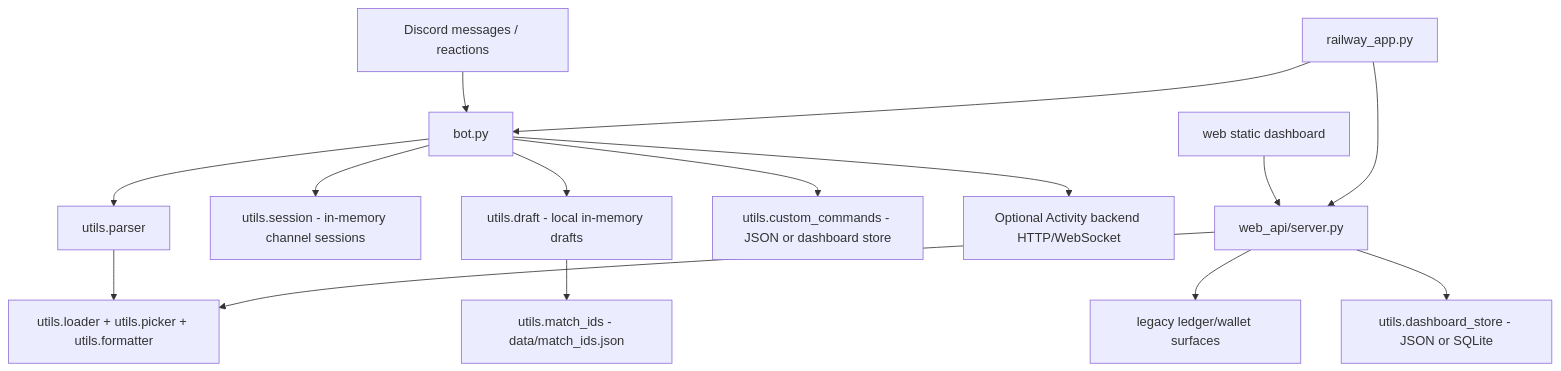
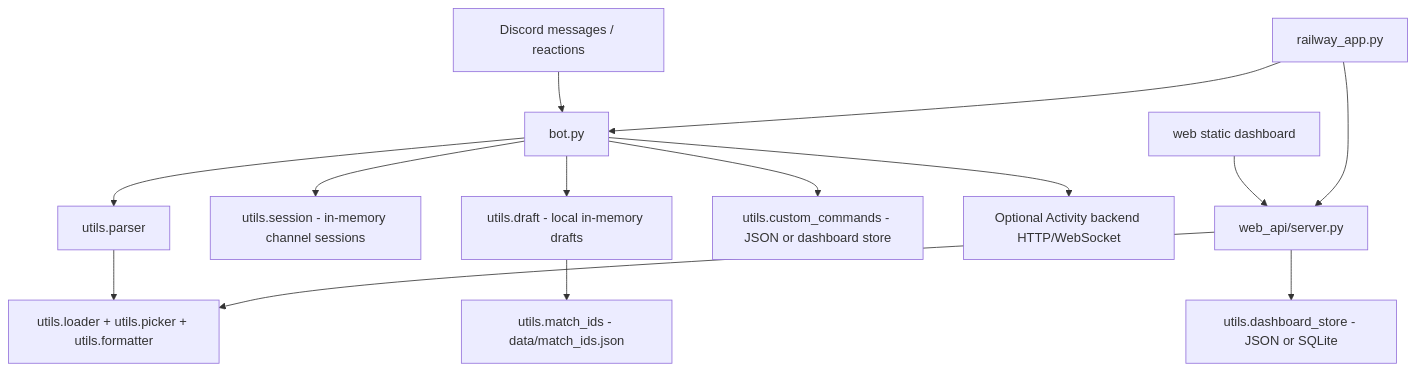
Before and after one commit to diese-tech/lab-godforge: the diagram in README.md, drawn with Mermaid. The commit also changed other lines of this file and 4 other files, not shown here.

````diff
--- a/README.md
+++ b/README.md
@@ -100,17 +100,16 @@
 ```mermaid
 flowchart TD
     Discord["Discord messages / reactions"] --> Bot["bot.py"]
     Bot --> Parser["utils.parser"]
     Parser --> Randomizer["utils.loader + utils.picker + utils.formatter"]
     Bot --> Sessions["utils.session - in-memory channel sessions"]
     Bot --> Drafts["utils.draft - local in-memory drafts"]
     Drafts --> MatchIds["utils.match_ids - data/match_ids.json"]
     Bot --> Custom["utils.custom_commands - JSON or dashboard store"]
     Bot --> Activity["Optional Activity backend HTTP/WebSocket"]
     Web["web static dashboard"] --> API["web_api/server.py"]
     API --> Randomizer
-    API --> Legacy["legacy ledger/wallet surfaces"]
     API --> DashboardStore["utils.dashboard_store - JSON or SQLite"]
     Railway["railway_app.py"] --> Bot
     Railway --> API
 ```
````
